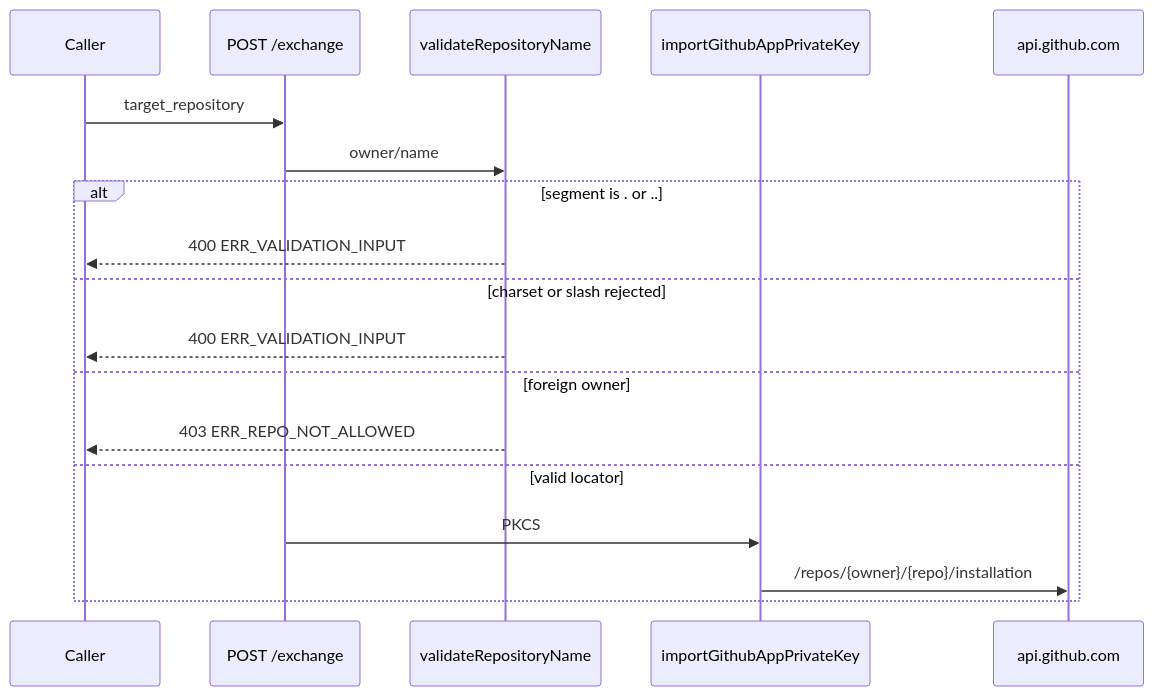
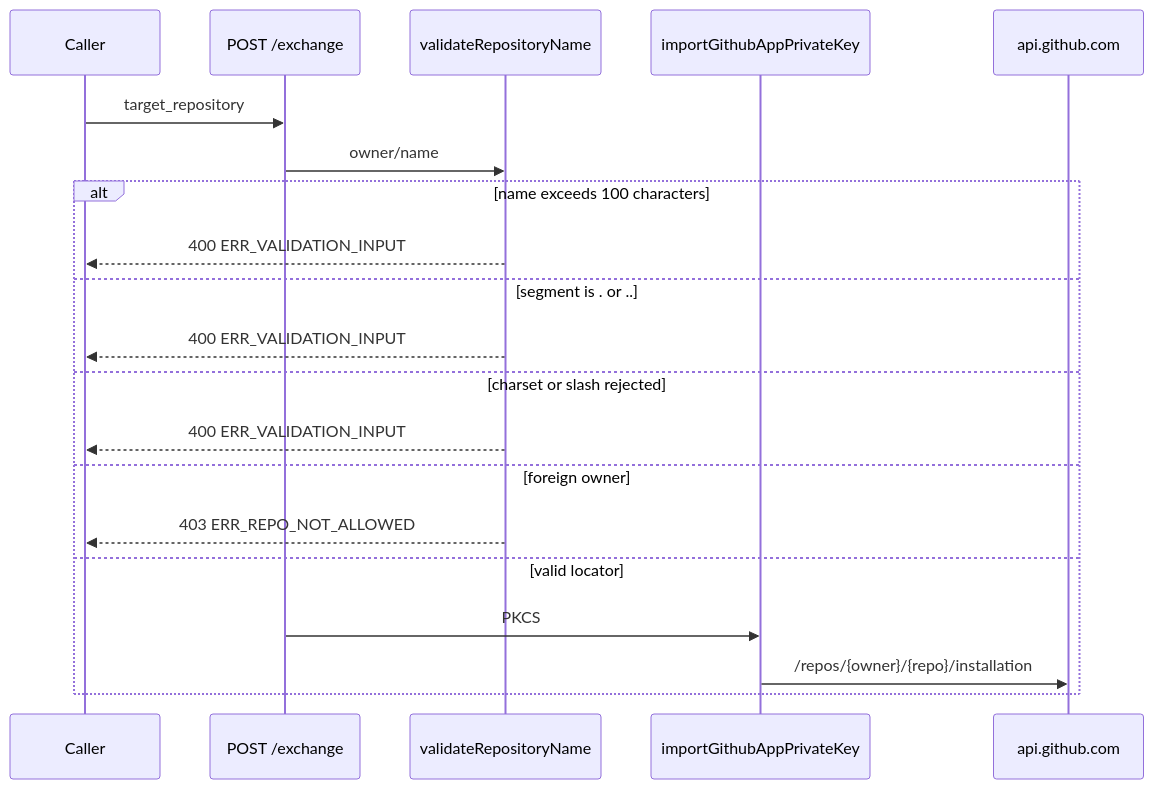
Before and after one commit to ContextualWisdomLab/noema: the diagram in docs/doctoring/repository-path-segment-validation.md, drawn with Mermaid. The commit also changed other lines of this file, not shown here.

Commit message:
docs(security): align repository-name validation contract

````diff
--- a/docs/doctoring/repository-path-segment-validation.md
+++ b/docs/doctoring/repository-path-segment-validation.md
@@ -17,21 +17,23 @@
 ```mermaid
 sequenceDiagram
   participant Caller
   participant Exchange as POST /exchange
   participant Validate as validateRepositoryName
   participant AppKey as importGithubAppPrivateKey
   participant GitHub as api.github.com
 
   Caller->>Exchange: target_repository
   Exchange->>Validate: owner/name
-  alt segment is . or ..
+  alt name exceeds 100 characters
+    Validate-->>Caller: 400 ERR_VALIDATION_INPUT
+  else segment is . or ..
     Validate-->>Caller: 400 ERR_VALIDATION_INPUT
   else charset or slash rejected
     Validate-->>Caller: 400 ERR_VALIDATION_INPUT
   else foreign owner
     Validate-->>Caller: 403 ERR_REPO_NOT_ALLOWED
   else valid locator
     Exchange->>AppKey: PKCS#8 import
     AppKey->>GitHub: /repos/{owner}/{repo}/installation
   end
 ```
````
